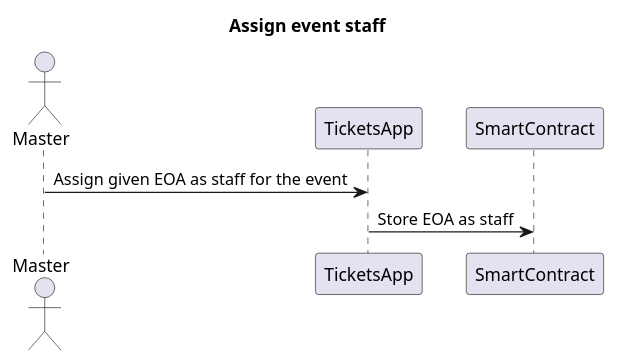
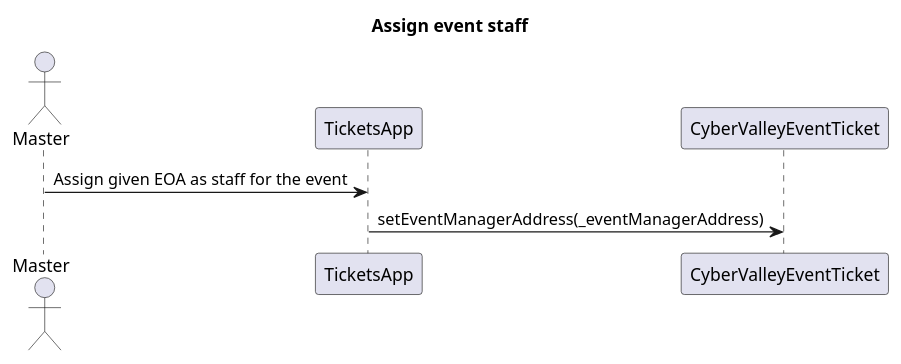
Diagram 14 of 26 in README.org (ai-shift/cyber-valley-tickets), drawn with PlantUML before and after one commit. The commit also changed other lines of this file, not shown here.

```diff
--- a/README.org
+++ b/README.org
@@ -329,10 +377,10 @@
 #+begin_src plantuml :file ./img/assign-event-staff.png
 title Assign event staff
 
 actor Master
 participant TicketsApp
-participant SmartContract
+participant CyberValleyEventTicket
 
 Master -> TicketsApp: Assign given EOA as staff for the event
-TicketsApp -> SmartContract: Store EOA as staff
+TicketsApp -> CyberValleyEventTicket: setEventManagerAddress(_eventManagerAddress)
 #+end_src
```
